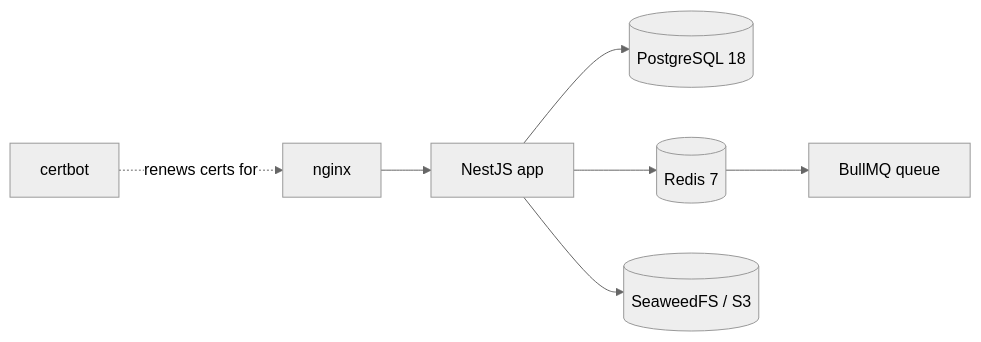
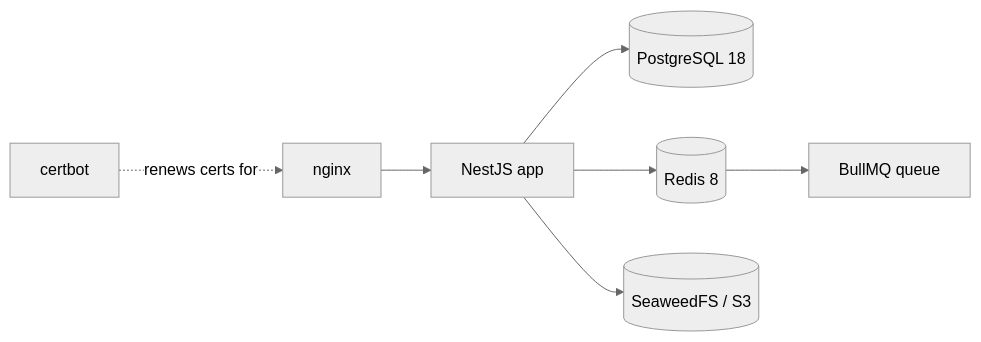
Before and after one commit to tareq89/biddaloy: the second of 4 diagrams in docs/architecture/10-third-party-services.md, drawn with Mermaid (neutral theme). The commit also changed other lines of this file and 9 other files, not shown here.

````diff
--- a/docs/architecture/10-third-party-services.md
+++ b/docs/architecture/10-third-party-services.md
@@ -30,9 +30,9 @@
 ```mermaid
 flowchart LR
     app[NestJS app] --> db[(PostgreSQL 18)]
-    app --> redis[(Redis 7)]
+    app --> redis[(Redis 8)]
     app --> seaweedfs[(SeaweedFS / S3)]
     redis --> bullmq[BullMQ queue]
     nginx[nginx] --> app
     certbot[certbot] -.renews certs for.-> nginx
 ```
````
